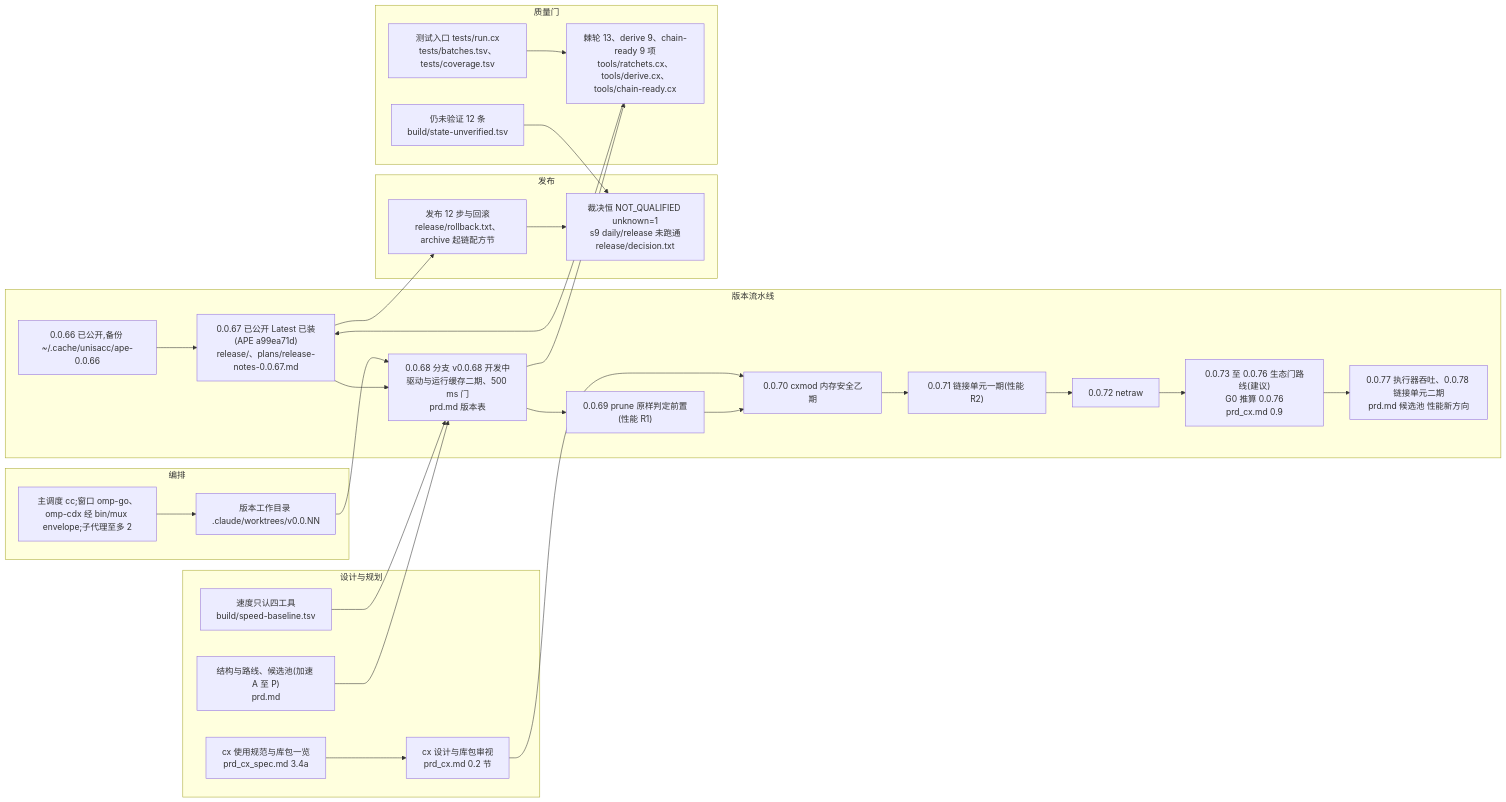
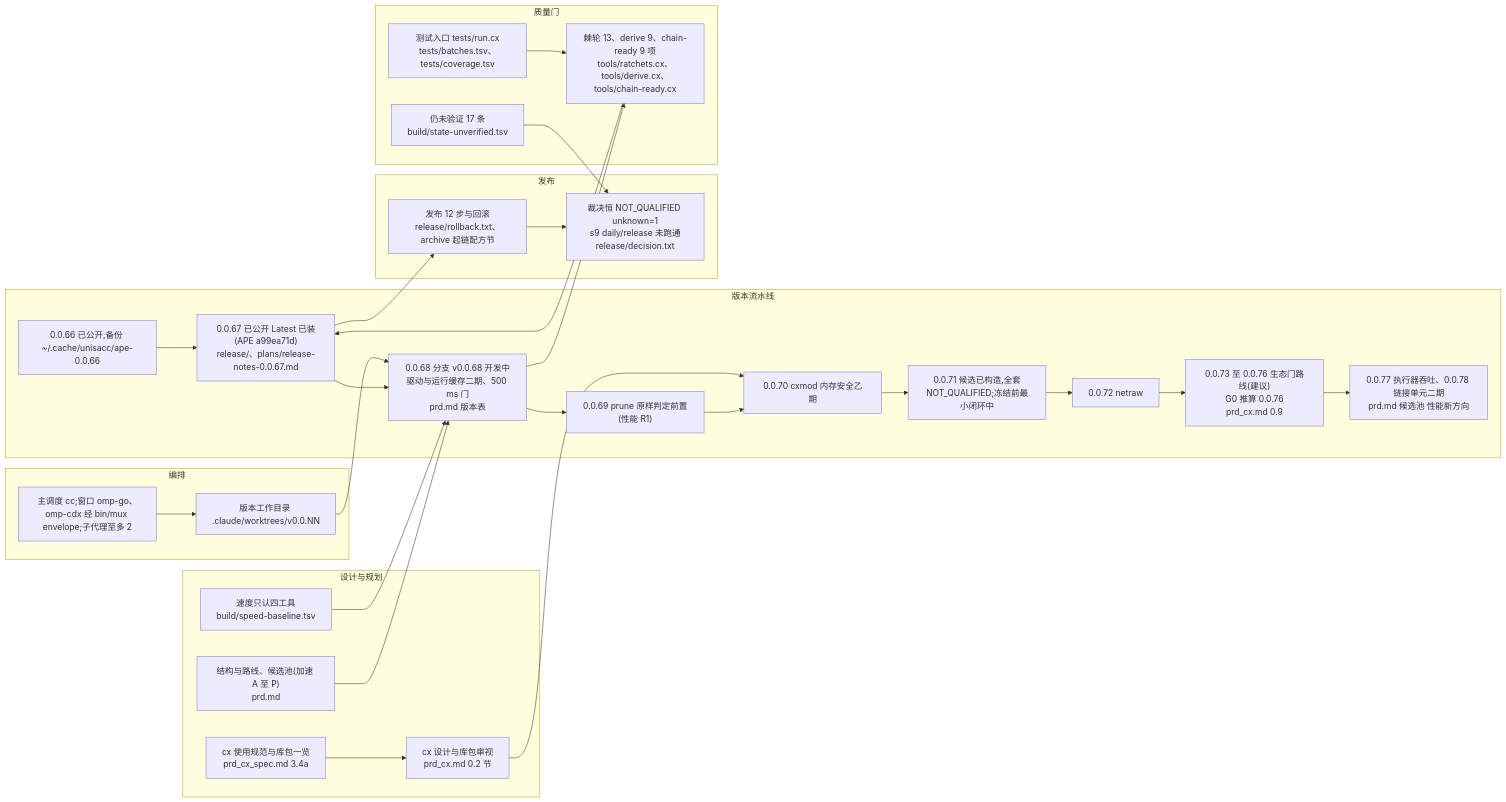
Before and after one commit to partnernetsoftware/unisacc: the diagram in prd_mempalace.md, drawn with Mermaid. The commit also changed other lines of this file and 3 other files, not shown here.

````diff
--- a/prd_mempalace.md
+++ b/prd_mempalace.md
@@ -15,44 +15,44 @@
 ```mermaid
 flowchart LR
   subgraph 版本流水线
     V66["0.0.66 已公开,备份 ~/.cache/unisacc/ape-0.0.66"]
     V67["0.0.67 已公开 Latest 已装(APE a99ea71d)<br/>release/、plans/release-notes-0.0.67.md"]
     V68["0.0.68 分支 v0.0.68 开发中<br/>驱动与运行缓存二期、500 ms 门<br/>prd.md 版本表"]
     V69["0.0.69 prune 原样判定前置(性能 R1)"]
     V70["0.0.70 cxmod 内存安全乙期"]
-    V71["0.0.71 链接单元一期(性能 R2)"]
+    V71["0.0.71 候选已构造,全套NOT_QUALIFIED;冻结前最小闭环中"]
     V72["0.0.72 netraw"]
     ECO["0.0.73 至 0.0.76 生态门路线(建议)<br/>G0 推算 0.0.76<br/>prd_cx.md 0.9"]
     PERF["0.0.77 执行器吞吐、0.0.78 链接单元二期<br/>prd.md 候选池 性能新方向"]
     V66 --> V67 --> V68 --> V69 --> V70 --> V71 --> V72 --> ECO --> PERF
   end
   subgraph 发布
     REL["发布 12 步与回滚<br/>release/rollback.txt、archive 起链配方节"]
     Q["裁决恒 NOT_QUALIFIED unknown=1<br/>s9 daily/release 未跑通<br/>release/decision.txt"]
   end
   subgraph 质量门
     GATE["棘轮 13、derive 9、chain-ready 9 项<br/>tools/ratchets.cx、tools/derive.cx、tools/chain-ready.cx"]
     TEST["测试入口 tests/run.cx<br/>tests/batches.tsv、tests/coverage.tsv"]
-    UV["仍未验证 12 条<br/>build/state-unverified.tsv"]
+    UV["仍未验证 17 条<br/>build/state-unverified.tsv"]
   end
   subgraph 设计与规划
     PRD["结构与路线、候选池(加速 A 至 P)<br/>prd.md"]
     CX["cx 设计与库包审视<br/>prd_cx.md 0.2 节"]
     SPEC["cx 使用规范与库包一览<br/>prd_cx_spec.md 3.4a"]
     SPEED["速度只认四工具<br/>build/speed-baseline.tsv"]
   end
   subgraph 编排
     ORCH["主调度 cc;窗口 omp-go、omp-cdx 经 bin/mux envelope;子代理至多 2"]
     WT["版本工作目录 .claude/worktrees/v0.0.NN"]
   end
   V67 --> REL --> Q
   V68 --> GATE
   GATE --> V67
   TEST --> GATE
   UV --> Q
   PRD --> V68
   CX --> V70
   SPEC --> CX
   SPEED --> V68
   ORCH --> WT --> V68
 ```
````
